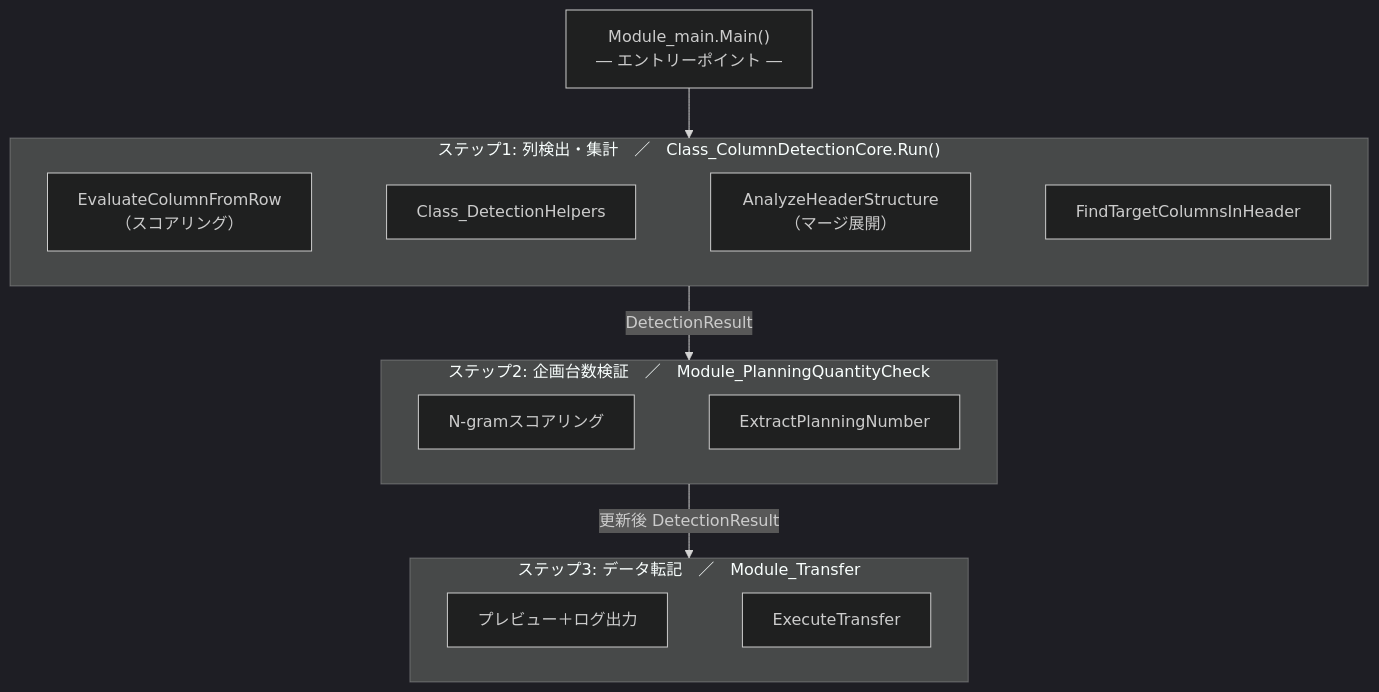
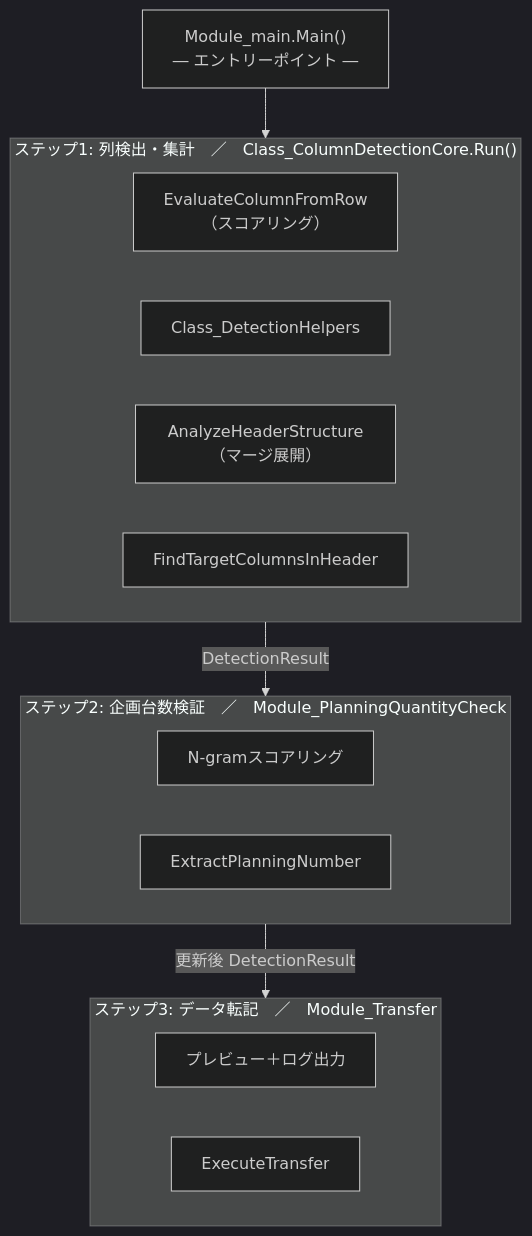
The diagram in 01_normalizer.md (aki0178/business-system-design-portfolio), drawn with Mermaid (dark theme) before and after one commit.

````diff
--- a/01_normalizer.md
+++ b/01_normalizer.md
@@ -48,30 +48,25 @@
 ```mermaid
 flowchart TB
     Main["Module_main.Main()<br/>― エントリーポイント ―"]
 
     subgraph Step1["ステップ1: 列検出・集計　／　Class_ColumnDetectionCore.Run()"]
         Eval["EvaluateColumnFromRow（スコアリング）"]
         Helpers["Class_DetectionHelpers"]
         Header["AnalyzeHeaderStructure（マージ展開）"]
         Find["FindTargetColumnsInHeader"]
-        Eval ~~~ Helpers
-        Helpers ~~~ Header
-        Header ~~~ Find
     end
 
     subgraph Step2["ステップ2: 企画台数検証　／　Module_PlanningQuantityCheck"]
         NGram["N-gramスコアリング"]
         Extract["ExtractPlanningNumber"]
-        NGram ~~~ Extract
     end
 
     subgraph Step3["ステップ3: データ転記　／　Module_Transfer"]
         Preview["プレビュー＋ログ出力"]
         Exec["ExecuteTransfer"]
-        Preview ~~~ Exec
     end
 
     Main --> Step1
     Step1 -- "DetectionResult" --> Step2
     Step2 -- "更新後 DetectionResult" --> Step3
 ```
````
